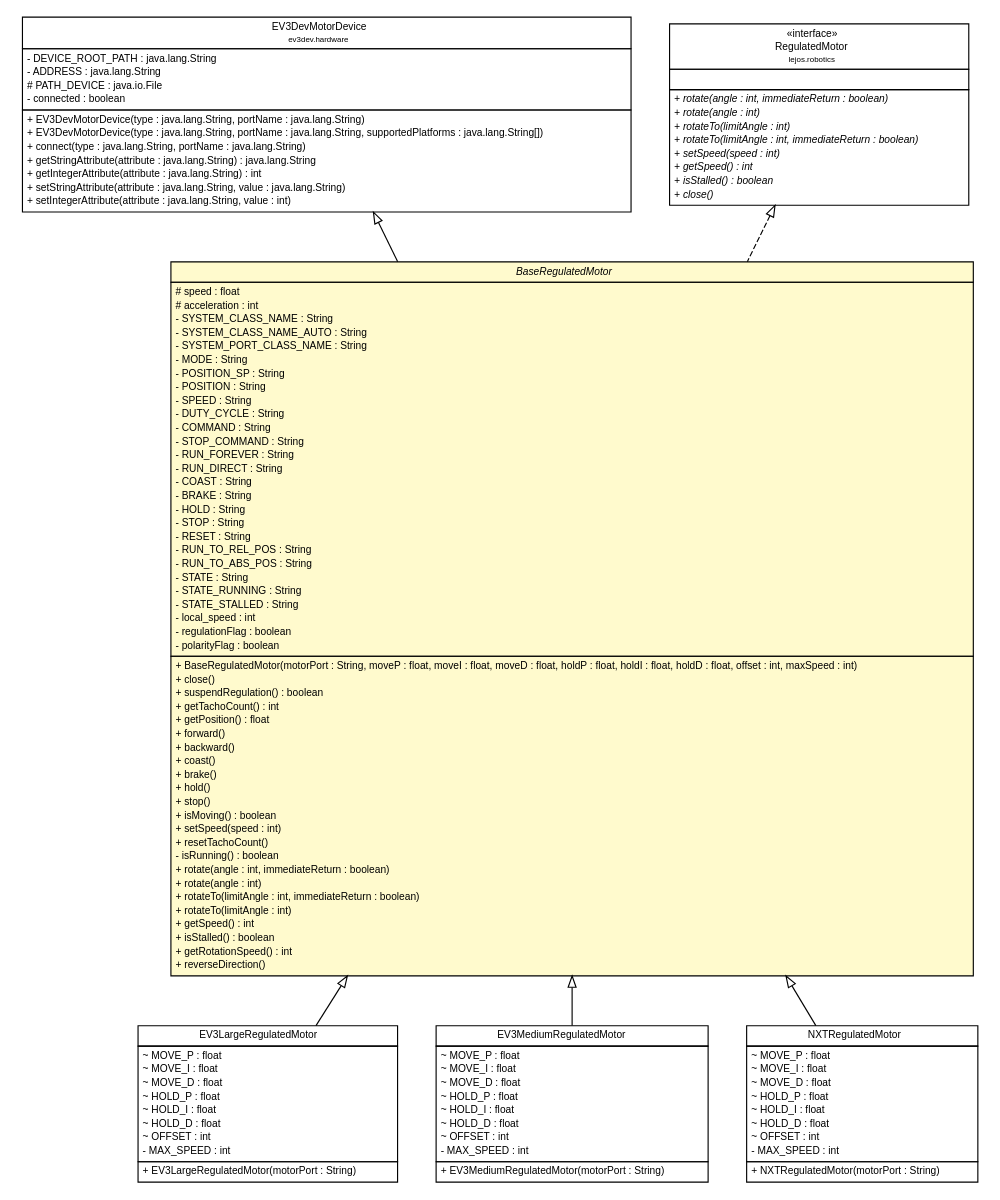
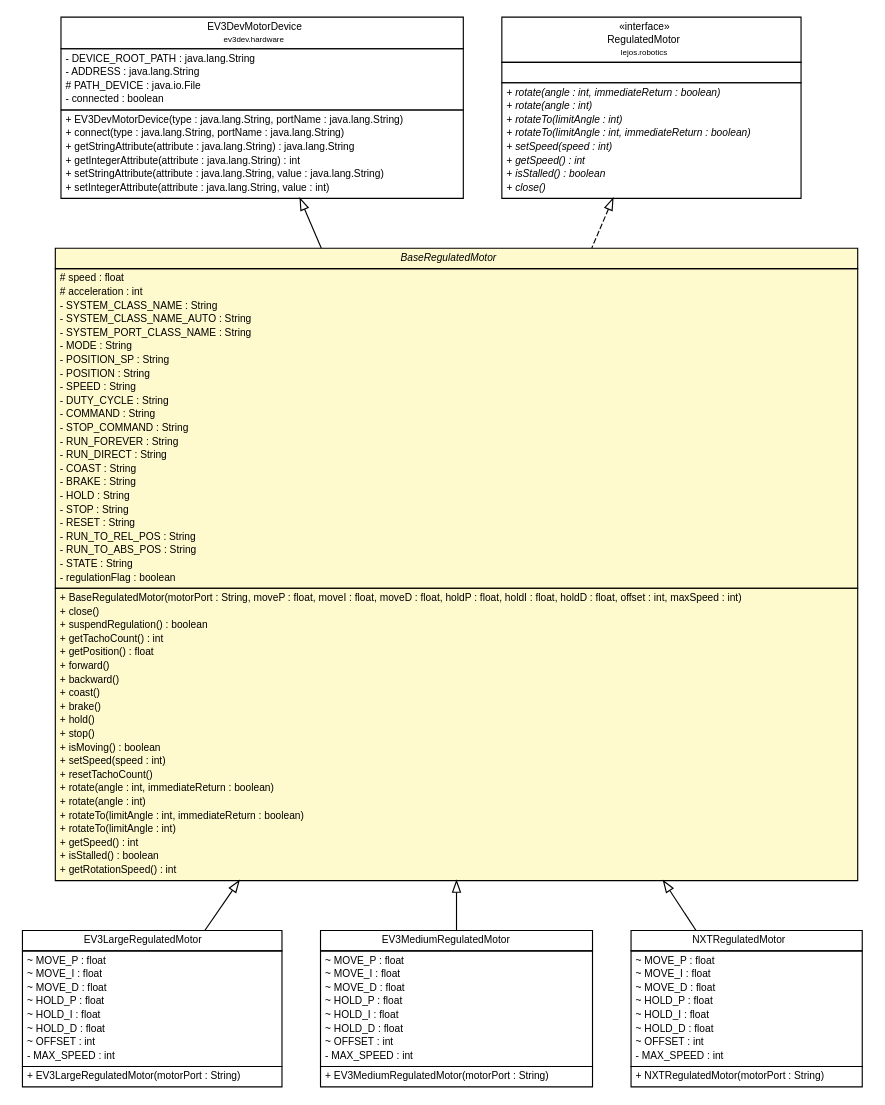
One commit to ev3dev-lang-java/ev3dev-lang-java changed the diagram in docs/api/ev3dev/hardware/actuators/motors/BaseRegulatedMotor.dot. Above: the diagram before and after it, drawn with Graphviz. The commit also changed 167 other files, not shown here.

```diff
--- a/docs/api/ev3dev/hardware/actuators/motors/BaseRegulatedMotor.dot
+++ b/docs/api/ev3dev/hardware/actuators/motors/BaseRegulatedMotor.dot
@@ -1,182 +1,175 @@
 #!/usr/local/bin/dot
 #
 # Class diagram 
 # Generated by UMLGraph version R5_6-24-gf6e263 (http://www.umlgraph.org/)
 #
 
 digraph G {
 	edge [fontname="Helvetica",fontsize=10,labelfontname="Helvetica",labelfontsize=10];
 	node [fontname="Helvetica",fontsize=10,shape=plaintext];
 	nodesep=0.25;
 	ranksep=0.5;
 	// ev3dev.hardware.EV3DevMotorDevice
 	c1329 [label=<<table title="ev3dev.hardware.EV3DevMotorDevice" border="0" cellborder="1" cellspacing="0" cellpadding="2" port="p" href="../../EV3DevMotorDevice.html">
 		<tr><td><table border="0" cellspacing="0" cellpadding="1">
 <tr><td align="center" balign="center"> EV3DevMotorDevice </td></tr>
 <tr><td align="center" balign="center"><font point-size="7.0"> ev3dev.hardware </font></td></tr>
 		</table></td></tr>
 		<tr><td><table border="0" cellspacing="0" cellpadding="1">
 <tr><td align="left" balign="left"> - DEVICE_ROOT_PATH : java.lang.String </td></tr>
 <tr><td align="left" balign="left"> - ADDRESS : java.lang.String </td></tr>
 <tr><td align="left" balign="left"> # PATH_DEVICE : java.io.File </td></tr>
 <tr><td align="left" balign="left"> - connected : boolean </td></tr>
 		</table></td></tr>
 		<tr><td><table border="0" cellspacing="0" cellpadding="1">
 <tr><td align="left" balign="left"> + EV3DevMotorDevice(type : java.lang.String, portName : java.lang.String) </td></tr>
-<tr><td align="left" balign="left"> + EV3DevMotorDevice(type : java.lang.String, portName : java.lang.String, supportedPlatforms : java.lang.String[]) </td></tr>
 <tr><td align="left" balign="left"> + connect(type : java.lang.String, portName : java.lang.String) </td></tr>
 <tr><td align="left" balign="left"> + getStringAttribute(attribute : java.lang.String) : java.lang.String </td></tr>
 <tr><td align="left" balign="left"> + getIntegerAttribute(attribute : java.lang.String) : int </td></tr>
 <tr><td align="left" balign="left"> + setStringAttribute(attribute : java.lang.String, value : java.lang.String) </td></tr>
 <tr><td align="left" balign="left"> + setIntegerAttribute(attribute : java.lang.String, value : int) </td></tr>
 		</table></td></tr>
 		</table>>, URL="../../EV3DevMotorDevice.html", fontname="Helvetica", fontcolor="black", fontsize=9.0];
 	// ev3dev.hardware.actuators.motors.BaseRegulatedMotor
 	c1334 [label=<<table title="ev3dev.hardware.actuators.motors.BaseRegulatedMotor" border="0" cellborder="1" cellspacing="0" cellpadding="2" port="p" bgcolor="lemonChiffon" href="./BaseRegulatedMotor.html">
 		<tr><td><table border="0" cellspacing="0" cellpadding="1">
 <tr><td align="center" balign="center"><font face="Helvetica-Oblique"> BaseRegulatedMotor </font></td></tr>
 		</table></td></tr>
 		<tr><td><table border="0" cellspacing="0" cellpadding="1">
 <tr><td align="left" balign="left"> # speed : float </td></tr>
 <tr><td align="left" balign="left"> # acceleration : int </td></tr>
 <tr><td align="left" balign="left"> - SYSTEM_CLASS_NAME : String </td></tr>
 <tr><td align="left" balign="left"> - SYSTEM_CLASS_NAME_AUTO : String </td></tr>
 <tr><td align="left" balign="left"> - SYSTEM_PORT_CLASS_NAME : String </td></tr>
 <tr><td align="left" balign="left"> - MODE : String </td></tr>
 <tr><td align="left" balign="left"> - POSITION_SP : String </td></tr>
 <tr><td align="left" balign="left"> - POSITION : String </td></tr>
 <tr><td align="left" balign="left"> - SPEED : String </td></tr>
 <tr><td align="left" balign="left"> - DUTY_CYCLE : String </td></tr>
 <tr><td align="left" balign="left"> - COMMAND : String </td></tr>
 <tr><td align="left" balign="left"> - STOP_COMMAND : String </td></tr>
 <tr><td align="left" balign="left"> - RUN_FOREVER : String </td></tr>
 <tr><td align="left" balign="left"> - RUN_DIRECT : String </td></tr>
 <tr><td align="left" balign="left"> - COAST : String </td></tr>
 <tr><td align="left" balign="left"> - BRAKE : String </td></tr>
 <tr><td align="left" balign="left"> - HOLD : String </td></tr>
 <tr><td align="left" balign="left"> - STOP : String </td></tr>
 <tr><td align="left" balign="left"> - RESET : String </td></tr>
 <tr><td align="left" balign="left"> - RUN_TO_REL_POS : String </td></tr>
 <tr><td align="left" balign="left"> - RUN_TO_ABS_POS : String </td></tr>
 <tr><td align="left" balign="left"> - STATE : String </td></tr>
-<tr><td align="left" balign="left"> - STATE_RUNNING : String </td></tr>
-<tr><td align="left" balign="left"> - STATE_STALLED : String </td></tr>
-<tr><td align="left" balign="left"> - local_speed : int </td></tr>
 <tr><td align="left" balign="left"> - regulationFlag : boolean </td></tr>
-<tr><td align="left" balign="left"> - polarityFlag : boolean </td></tr>
 		</table></td></tr>
 		<tr><td><table border="0" cellspacing="0" cellpadding="1">
 <tr><td align="left" balign="left"> + BaseRegulatedMotor(motorPort : String, moveP : float, moveI : float, moveD : float, holdP : float, holdI : float, holdD : float, offset : int, maxSpeed : int) </td></tr>
 <tr><td align="left" balign="left"> + close() </td></tr>
 <tr><td align="left" balign="left"> + suspendRegulation() : boolean </td></tr>
 <tr><td align="left" balign="left"> + getTachoCount() : int </td></tr>
 <tr><td align="left" balign="left"> + getPosition() : float </td></tr>
 <tr><td align="left" balign="left"> + forward() </td></tr>
 <tr><td align="left" balign="left"> + backward() </td></tr>
 <tr><td align="left" balign="left"> + coast() </td></tr>
 <tr><td align="left" balign="left"> + brake() </td></tr>
 <tr><td align="left" balign="left"> + hold() </td></tr>
 <tr><td align="left" balign="left"> + stop() </td></tr>
 <tr><td align="left" balign="left"> + isMoving() : boolean </td></tr>
 <tr><td align="left" balign="left"> + setSpeed(speed : int) </td></tr>
 <tr><td align="left" balign="left"> + resetTachoCount() </td></tr>
-<tr><td align="left" balign="left"> - isRunning() : boolean </td></tr>
 <tr><td align="left" balign="left"> + rotate(angle : int, immediateReturn : boolean) </td></tr>
 <tr><td align="left" balign="left"> + rotate(angle : int) </td></tr>
 <tr><td align="left" balign="left"> + rotateTo(limitAngle : int, immediateReturn : boolean) </td></tr>
 <tr><td align="left" balign="left"> + rotateTo(limitAngle : int) </td></tr>
 <tr><td align="left" balign="left"> + getSpeed() : int </td></tr>
 <tr><td align="left" balign="left"> + isStalled() : boolean </td></tr>
 <tr><td align="left" balign="left"> + getRotationSpeed() : int </td></tr>
-<tr><td align="left" balign="left"> + reverseDirection() </td></tr>
 		</table></td></tr>
 		</table>>, URL="./BaseRegulatedMotor.html", fontname="Helvetica", fontcolor="black", fontsize=9.0];
 	// ev3dev.hardware.actuators.motors.EV3LargeRegulatedMotor
 	c1336 [label=<<table title="ev3dev.hardware.actuators.motors.EV3LargeRegulatedMotor" border="0" cellborder="1" cellspacing="0" cellpadding="2" port="p" href="./EV3LargeRegulatedMotor.html">
 		<tr><td><table border="0" cellspacing="0" cellpadding="1">
 <tr><td align="center" balign="center"> EV3LargeRegulatedMotor </td></tr>
 		</table></td></tr>
 		<tr><td><table border="0" cellspacing="0" cellpadding="1">
 <tr><td align="left" balign="left"> ~ MOVE_P : float </td></tr>
 <tr><td align="left" balign="left"> ~ MOVE_I : float </td></tr>
 <tr><td align="left" balign="left"> ~ MOVE_D : float </td></tr>
 <tr><td align="left" balign="left"> ~ HOLD_P : float </td></tr>
 <tr><td align="left" balign="left"> ~ HOLD_I : float </td></tr>
 <tr><td align="left" balign="left"> ~ HOLD_D : float </td></tr>
 <tr><td align="left" balign="left"> ~ OFFSET : int </td></tr>
 <tr><td align="left" balign="left"> - MAX_SPEED : int </td></tr>
 		</table></td></tr>
 		<tr><td><table border="0" cellspacing="0" cellpadding="1">
 <tr><td align="left" balign="left"> + EV3LargeRegulatedMotor(motorPort : String) </td></tr>
 		</table></td></tr>
 		</table>>, URL="./EV3LargeRegulatedMotor.html", fontname="Helvetica", fontcolor="black", fontsize=9.0];
 	// ev3dev.hardware.actuators.motors.EV3MediumRegulatedMotor
 	c1337 [label=<<table title="ev3dev.hardware.actuators.motors.EV3MediumRegulatedMotor" border="0" cellborder="1" cellspacing="0" cellpadding="2" port="p" href="./EV3MediumRegulatedMotor.html">
 		<tr><td><table border="0" cellspacing="0" cellpadding="1">
 <tr><td align="center" balign="center"> EV3MediumRegulatedMotor </td></tr>
 		</table></td></tr>
 		<tr><td><table border="0" cellspacing="0" cellpadding="1">
 <tr><td align="left" balign="left"> ~ MOVE_P : float </td></tr>
 <tr><td align="left" balign="left"> ~ MOVE_I : float </td></tr>
 <tr><td align="left" balign="left"> ~ MOVE_D : float </td></tr>
 <tr><td align="left" balign="left"> ~ HOLD_P : float </td></tr>
 <tr><td align="left" balign="left"> ~ HOLD_I : float </td></tr>
 <tr><td align="left" balign="left"> ~ HOLD_D : float </td></tr>
 <tr><td align="left" balign="left"> ~ OFFSET : int </td></tr>
 <tr><td align="left" balign="left"> - MAX_SPEED : int </td></tr>
 		</table></td></tr>
 		<tr><td><table border="0" cellspacing="0" cellpadding="1">
 <tr><td align="left" balign="left"> + EV3MediumRegulatedMotor(motorPort : String) </td></tr>
 		</table></td></tr>
 		</table>>, URL="./EV3MediumRegulatedMotor.html", fontname="Helvetica", fontcolor="black", fontsize=9.0];
 	// ev3dev.hardware.actuators.motors.NXTRegulatedMotor
 	c1338 [label=<<table title="ev3dev.hardware.actuators.motors.NXTRegulatedMotor" border="0" cellborder="1" cellspacing="0" cellpadding="2" port="p" href="./NXTRegulatedMotor.html">
 		<tr><td><table border="0" cellspacing="0" cellpadding="1">
 <tr><td align="center" balign="center"> NXTRegulatedMotor </td></tr>
 		</table></td></tr>
 		<tr><td><table border="0" cellspacing="0" cellpadding="1">
 <tr><td align="left" balign="left"> ~ MOVE_P : float </td></tr>
 <tr><td align="left" balign="left"> ~ MOVE_I : float </td></tr>
 <tr><td align="left" balign="left"> ~ MOVE_D : float </td></tr>
 <tr><td align="left" balign="left"> ~ HOLD_P : float </td></tr>
 <tr><td align="left" balign="left"> ~ HOLD_I : float </td></tr>
 <tr><td align="left" balign="left"> ~ HOLD_D : float </td></tr>
 <tr><td align="left" balign="left"> ~ OFFSET : int </td></tr>
 <tr><td align="left" balign="left"> - MAX_SPEED : int </td></tr>
 		</table></td></tr>
 		<tr><td><table border="0" cellspacing="0" cellpadding="1">
 <tr><td align="left" balign="left"> + NXTRegulatedMotor(motorPort : String) </td></tr>
 		</table></td></tr>
 		</table>>, URL="./NXTRegulatedMotor.html", fontname="Helvetica", fontcolor="black", fontsize=9.0];
 	// lejos.robotics.RegulatedMotor
 	c1378 [label=<<table title="lejos.robotics.RegulatedMotor" border="0" cellborder="1" cellspacing="0" cellpadding="2" port="p" href="../../../../lejos/robotics/RegulatedMotor.html">
 		<tr><td><table border="0" cellspacing="0" cellpadding="1">
 <tr><td align="center" balign="center"> &#171;interface&#187; </td></tr>
 <tr><td align="center" balign="center"> RegulatedMotor </td></tr>
 <tr><td align="center" balign="center"><font point-size="7.0"> lejos.robotics </font></td></tr>
 		</table></td></tr>
 		<tr><td><table border="0" cellspacing="0" cellpadding="1">
 <tr><td align="left" balign="left">  </td></tr>
 		</table></td></tr>
 		<tr><td><table border="0" cellspacing="0" cellpadding="1">
 <tr><td align="left" balign="left"><font face="Helvetica-Oblique" point-size="9.0"> + rotate(angle : int, immediateReturn : boolean) </font></td></tr>
 <tr><td align="left" balign="left"><font face="Helvetica-Oblique" point-size="9.0"> + rotate(angle : int) </font></td></tr>
 <tr><td align="left" balign="left"><font face="Helvetica-Oblique" point-size="9.0"> + rotateTo(limitAngle : int) </font></td></tr>
 <tr><td align="left" balign="left"><font face="Helvetica-Oblique" point-size="9.0"> + rotateTo(limitAngle : int, immediateReturn : boolean) </font></td></tr>
 <tr><td align="left" balign="left"><font face="Helvetica-Oblique" point-size="9.0"> + setSpeed(speed : int) </font></td></tr>
 <tr><td align="left" balign="left"><font face="Helvetica-Oblique" point-size="9.0"> + getSpeed() : int </font></td></tr>
 <tr><td align="left" balign="left"><font face="Helvetica-Oblique" point-size="9.0"> + isStalled() : boolean </font></td></tr>
 <tr><td align="left" balign="left"><font face="Helvetica-Oblique" point-size="9.0"> + close() </font></td></tr>
 		</table></td></tr>
 		</table>>, URL="../../../../lejos/robotics/RegulatedMotor.html", fontname="Helvetica", fontcolor="black", fontsize=9.0];
 	//ev3dev.hardware.actuators.motors.BaseRegulatedMotor extends ev3dev.hardware.EV3DevMotorDevice
 	c1329:p -> c1334:p [dir=back,arrowtail=empty];
 	//ev3dev.hardware.actuators.motors.BaseRegulatedMotor implements lejos.robotics.RegulatedMotor
 	c1378:p -> c1334:p [dir=back,arrowtail=empty,style=dashed];
 	//ev3dev.hardware.actuators.motors.EV3LargeRegulatedMotor extends ev3dev.hardware.actuators.motors.BaseRegulatedMotor
 	c1334:p -> c1336:p [dir=back,arrowtail=empty];
 	//ev3dev.hardware.actuators.motors.EV3MediumRegulatedMotor extends ev3dev.hardware.actuators.motors.BaseRegulatedMotor
 	c1334:p -> c1337:p [dir=back,arrowtail=empty];
 	//ev3dev.hardware.actuators.motors.NXTRegulatedMotor extends ev3dev.hardware.actuators.motors.BaseRegulatedMotor
 	c1334:p -> c1338:p [dir=back,arrowtail=empty];
 }
```
